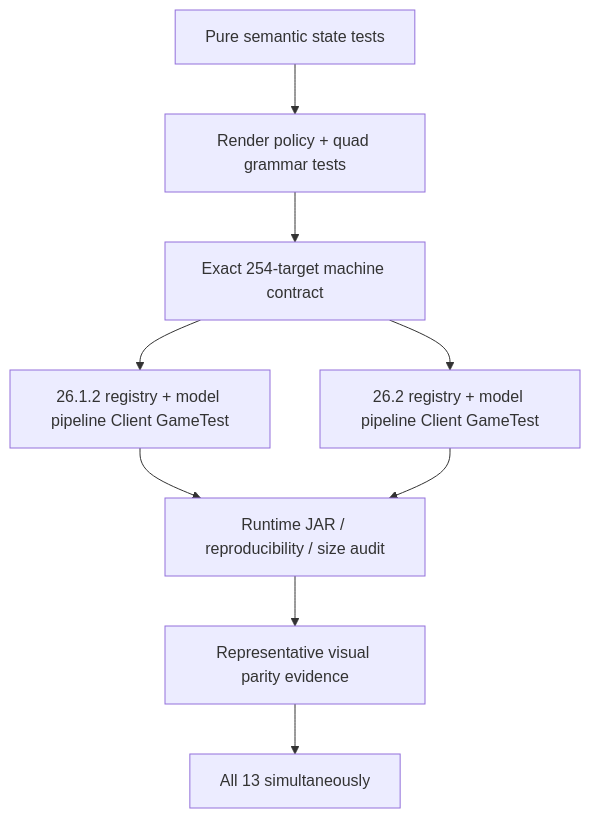
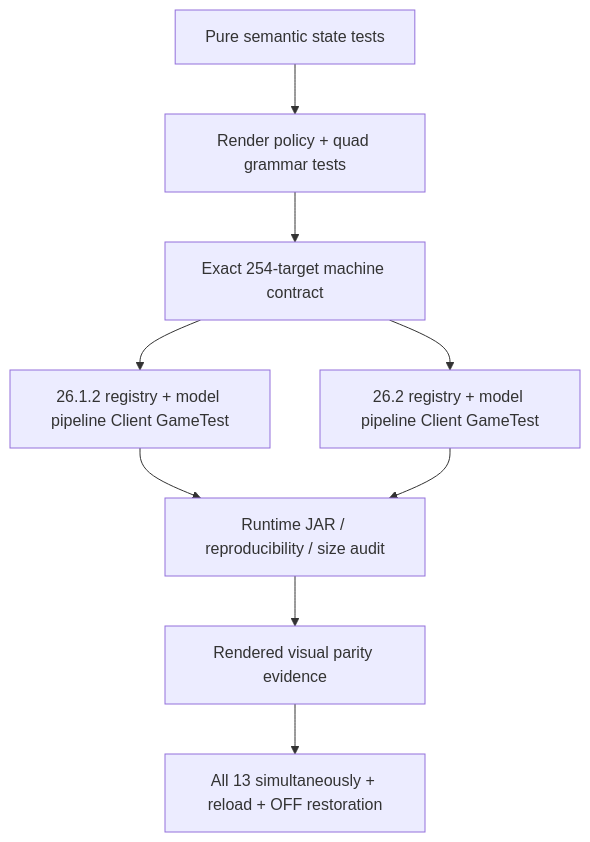
The second of 2 diagrams in knowledge/current/m3-visual-semantics.md (bosatsu25/BlockLens), drawn with Mermaid before and after one commit. The commit also changed other lines of this file, not shown here.

Commit message:
docs: record completed M3 rendered parity evidence

````diff
--- a/knowledge/current/m3-visual-semantics.md
+++ b/knowledge/current/m3-visual-semantics.md
@@ -122,11 +123,11 @@
 ```mermaid
 flowchart TD
     P[Pure semantic state tests] --> R[Render policy + quad grammar tests]
     R --> T[Exact 254-target machine contract]
     T --> V1[26.1.2 registry + model pipeline Client GameTest]
     T --> V2[26.2 registry + model pipeline Client GameTest]
     V1 --> A[Runtime JAR / reproducibility / size audit]
     V2 --> A
-    A --> VIS[Representative visual parity evidence]
-    VIS --> ALL[All 13 simultaneously]
+    A --> VIS[Rendered visual parity evidence]
+    VIS --> ALL[All 13 simultaneously + reload + OFF restoration]
 ```
````
